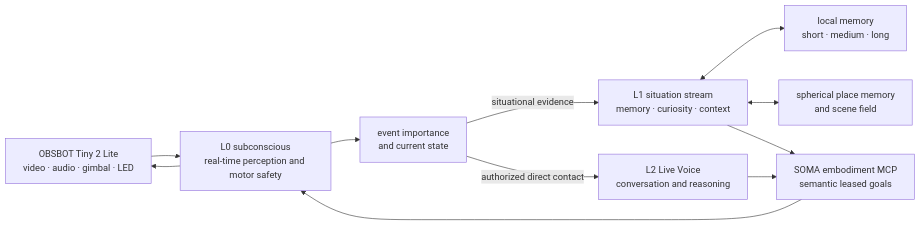
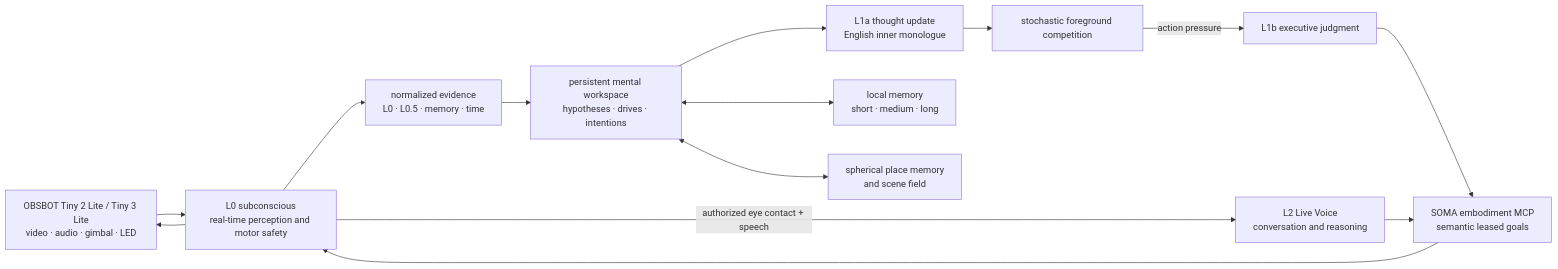
The diagram in README.md (codeshark94/SOMA), drawn with Mermaid before and after one commit. The commit also changed other lines of this file and 28 other files, not shown here.

Commit message:
Rebuild L1 as persistent consciousness stream

````diff
--- a/README.md
+++ b/README.md
@@ -117,13 +119,16 @@
 ```mermaid
 flowchart LR
-    Body["OBSBOT Tiny 2 Lite\nvideo · audio · gimbal · LED"] --> L0["L0 subconscious\nreal-time perception and motor safety"]
-    L0 --> Router["event importance\nand current state"]
-    Router -->|"situational evidence"| L1["L1 situation stream\nmemory · curiosity · context"]
-    Router -->|"authorized direct contact"| L2["L2 Live Voice\nconversation and reasoning"]
-    L1 <--> Memory["local memory\nshort · medium · long"]
-    L1 <--> Atlas["spherical place memory\nand scene field"]
-    L1 --> MCP["SOMA embodiment MCP\nsemantic leased goals"]
+    Body["OBSBOT Tiny 2 Lite / Tiny 3 Lite\nvideo · audio · gimbal · LED"] --> L0["L0 subconscious\nreal-time perception and motor safety"]
+    L0 --> Evidence["normalized evidence\nL0 · L0.5 · memory · time"]
+    Evidence --> Workspace["persistent mental workspace\nhypotheses · drives · intentions"]
+    Workspace --> L1A["L1a thought update\nEnglish inner monologue"]
+    L1A --> Foreground["stochastic foreground competition"]
+    Foreground -->|"action pressure"| L1B["L1b executive judgment"]
+    L0 -->|"authorized eye contact + speech"| L2["L2 Live Voice\nconversation and reasoning"]
+    Workspace <--> Memory["local memory\nshort · medium · long"]
+    Workspace <--> Atlas["spherical place memory\nand scene field"]
+    L1B --> MCP["SOMA embodiment MCP\nsemantic leased goals"]
     L2 --> MCP
     MCP --> L0
     L0 --> Body
 ```
````
